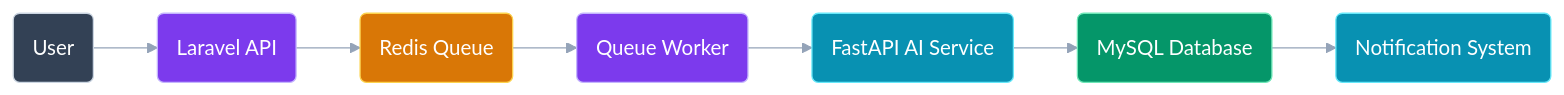
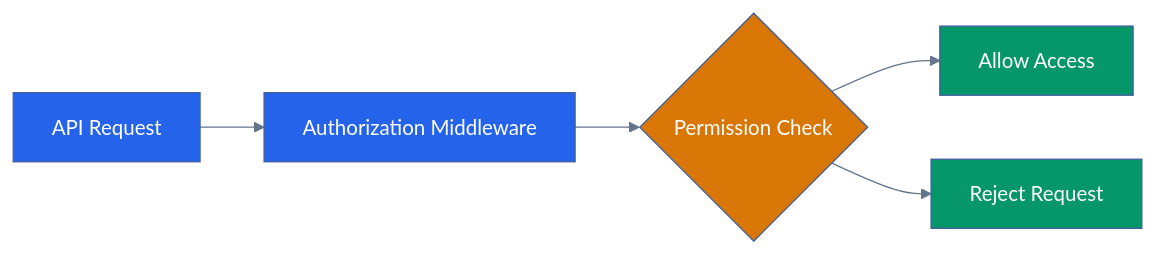
One commit to kupiMZS/CareerIQ-AI changed the ninth of 28 diagrams in documentation/06-backend-development-plan.md. Above: the diagram before and after it, drawn with Mermaid. The commit also changed other lines of this file and 9 other files, not shown here.

Commit message:
docs: finalize complete system documentation and architecture foundation

````diff
--- a/documentation/06-backend-development-plan.md
+++ b/documentation/06-backend-development-plan.md
@@ -1531,72 +1333,54 @@
 ```mermaid
 %%{init:{
-'theme':'base',
-'themeVariables':{
-'fontFamily':'Inter',
-'lineColor':'#94A3B8'
+"theme":"base",
+"themeVariables":{
+"primaryColor":"#2563EB",
+"primaryTextColor":"#FFFFFF",
+"lineColor":"#64748B"
 }
 }}%%
 
 
 flowchart LR
 
 
-USER("User")
+REQUEST["API Request"]
 
 
-API("Laravel API")
+MIDDLEWARE["Authorization Middleware"]
 
 
-QUEUE("Redis Queue")
+ROLE{"Permission Check"}
 
 
-WORKER("Queue Worker")
+ALLOW["Allow Access"]
 
 
-FASTAPI("FastAPI AI Service")
-
-
-DATABASE("MySQL Database")
-
-
-NOTIFICATION("Notification System")
+DENY["Reject Request"]
 
 
 
-USER --> API
+REQUEST --> MIDDLEWARE
 
-API --> QUEUE
+MIDDLEWARE --> ROLE
 
-QUEUE --> WORKER
+ROLE --> ALLOW
 
-WORKER --> FASTAPI
-
-FASTAPI --> DATABASE
-
-DATABASE --> NOTIFICATION
+ROLE --> DENY
 
 
 
-classDef user fill:#334155,stroke:#CBD5E1,color:#FFFFFF;
+classDef backend fill:#2563EB,color:white;
 
-classDef backend fill:#7C3AED,stroke:#C4B5FD,color:#FFFFFF;
+classDef decision fill:#D97706,color:white;
 
-classDef queue fill:#D97706,stroke:#FCD34D,color:#FFFFFF;
-
-classDef database fill:#059669,stroke:#6EE7B7,color:#FFFFFF;
-
-classDef output fill:#0891B2,stroke:#67E8F9,color:#FFFFFF;
+classDef success fill:#059669,color:white;
 
 
+class REQUEST,MIDDLEWARE backend;
 
-class USER user;
+class ROLE decision;
 
-class API,WORKER backend;
-
-class QUEUE queue;
-
-class DATABASE database;
-
-class FASTAPI,NOTIFICATION output;
+class ALLOW,DENY success;
 
 ```
````
